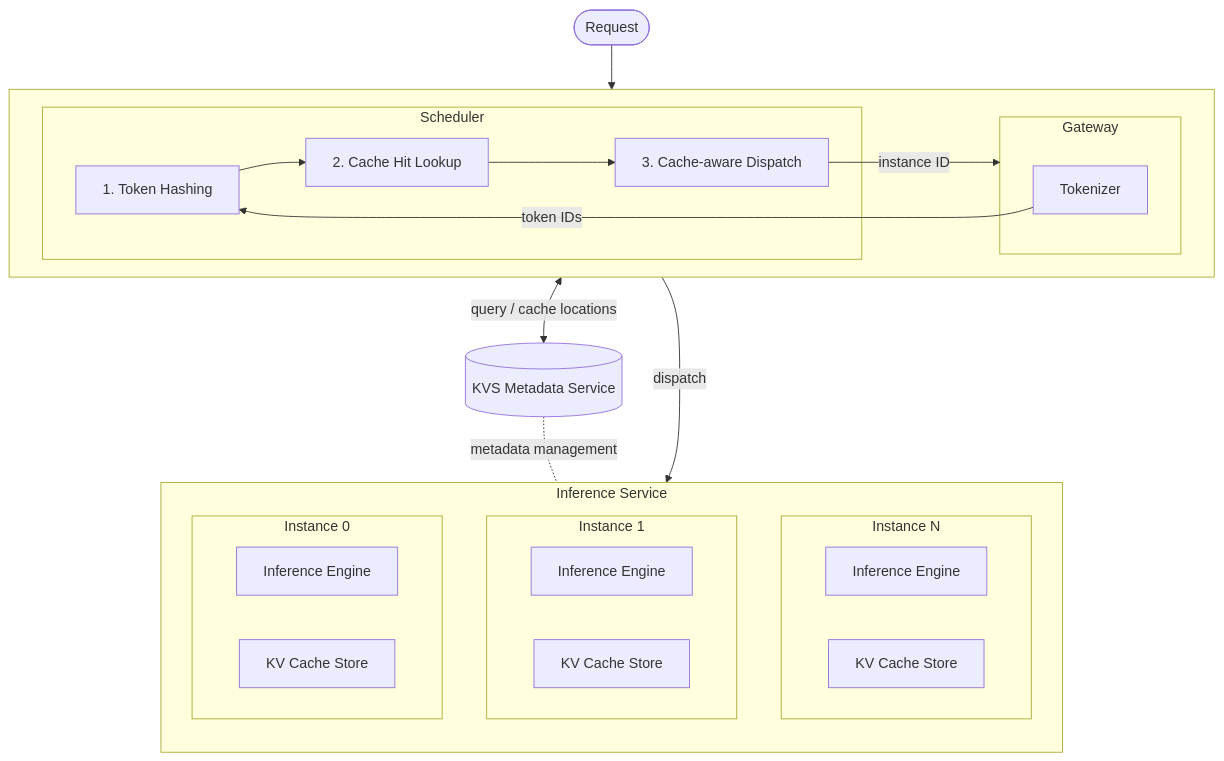
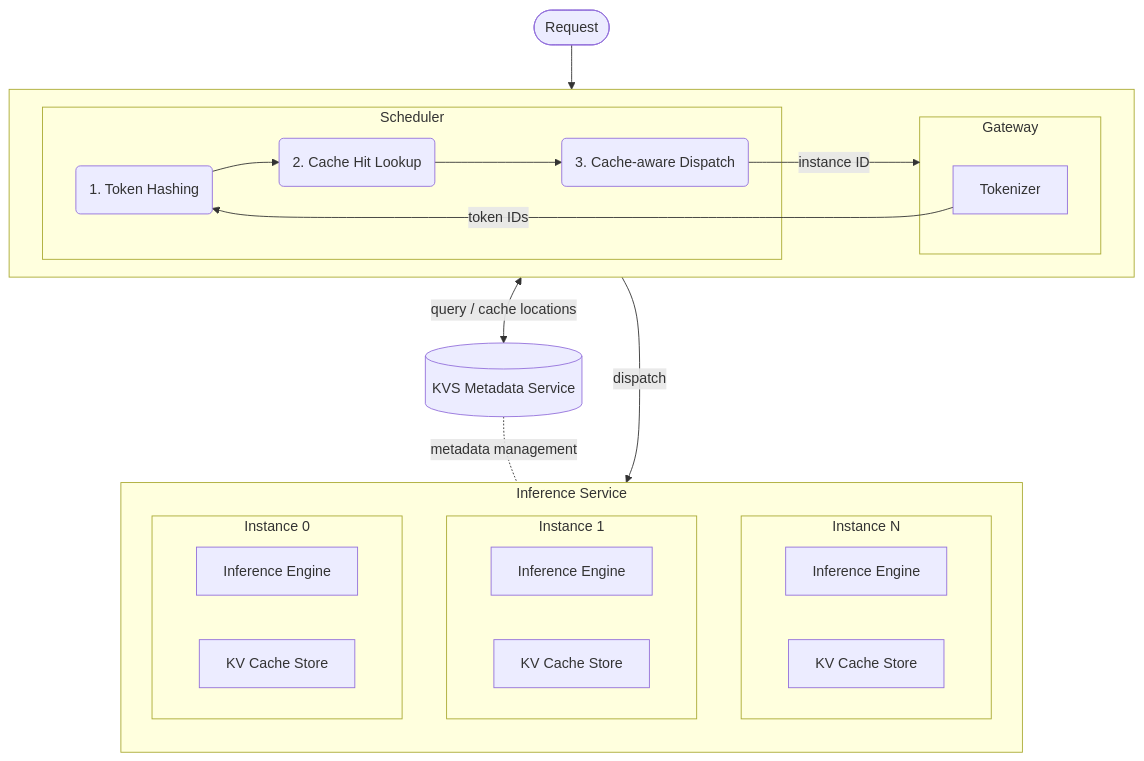
Before and after one commit to llumnix-project/llumnix: the diagram in docs/source/design/cache_aware_scheduling.md, drawn with Mermaid. The commit also changed 1 other file, not shown here.

````diff
--- a/docs/source/design/cache_aware_scheduling.md
+++ b/docs/source/design/cache_aware_scheduling.md
@@ -9,46 +9,46 @@
 ```mermaid
 graph TB
     Request([Request])
 
     subgraph Llumnix[" "]
         direction LR
         subgraph Gateway
             Tokenizer[Tokenizer]
         end
         subgraph Scheduler
-            Hash["1. Token Hashing"]
-            Lookup["2. Cache Hit Lookup"]
-            Dispatch["3. Cache-aware Dispatch"]
+            Hash("1. Token Hashing")
+            Lookup("2. Cache Hit Lookup")
+            Dispatch("3. Cache-aware Dispatch")
         end
     end
 
     KVS[(KVS Metadata Service)]
 
     subgraph InferenceService["Inference Service"]
         direction TB
         subgraph InstanceN[Instance N]
             direction LR
             EngineN[Inference Engine]
             StoreN[KV Cache Store]
         end
         subgraph Instance1[Instance 1]
             direction LR
             Engine1[Inference Engine]
             Store1[KV Cache Store]
         end
         subgraph Instance0[Instance 0]
             direction LR
             Engine0[Inference Engine]
             Store0[KV Cache Store]
         end
     end
 
     Request --> Tokenizer
     Tokenizer -->|token IDs| Hash
     Hash --> Lookup
     Lookup <-->|query / cache locations| KVS
     Lookup --> Dispatch
     Dispatch -->|instance ID| Gateway
     Gateway -->|dispatch| InferenceService
     KVS -.-|metadata management| InferenceService
 ```
````
